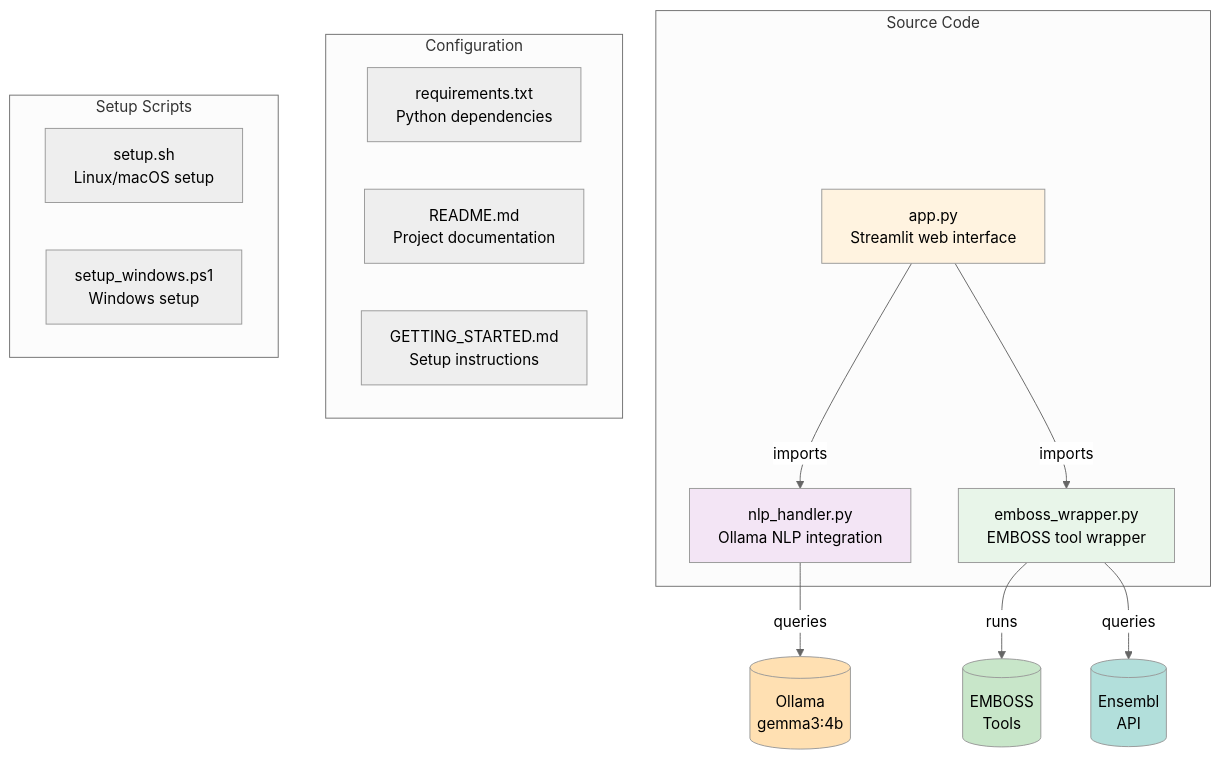
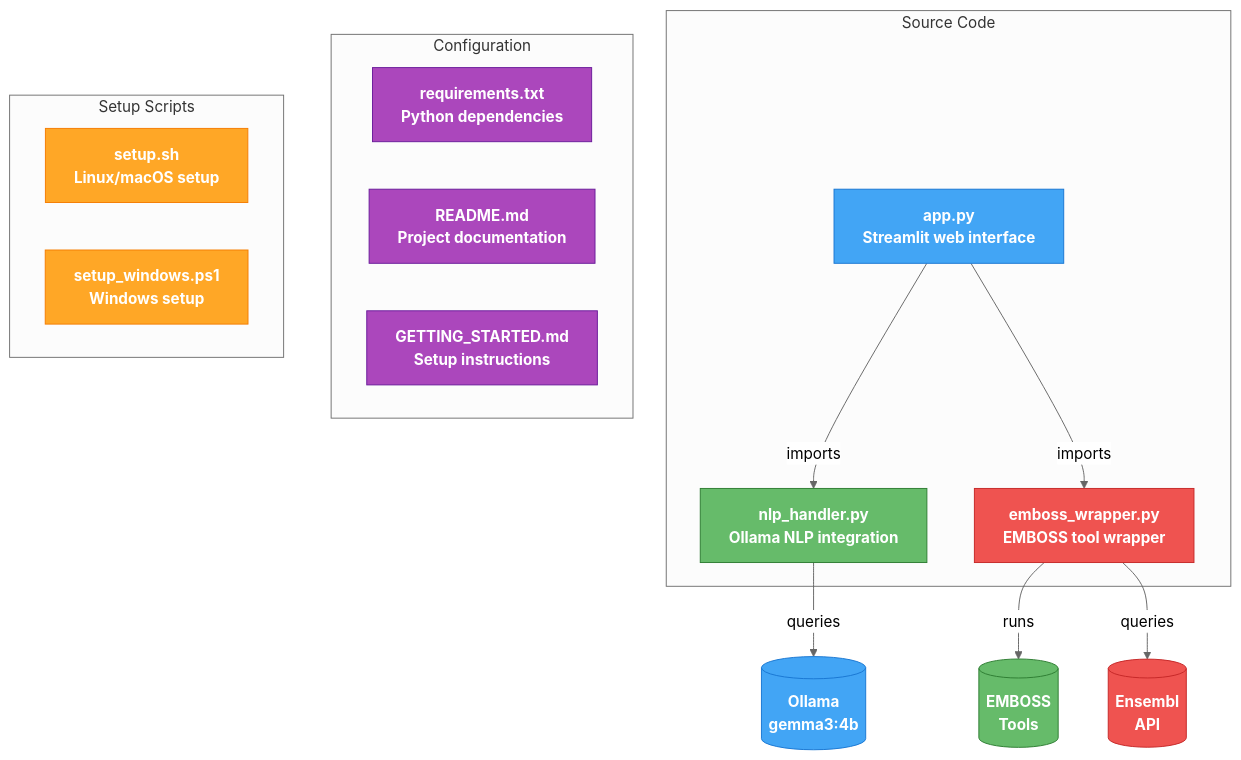
Before and after one commit to caagendaz/BME110-final: the eighth of 9 diagrams in ARCHITECTURE.md, drawn with Mermaid (neutral theme). The commit also changed other lines of this file, not shown here.

Commit message:
Improve diagram readability - brighten colors, fix contrast issues
- Key Features: Added brighter colors with white text for better readability
- File Structure: Enhanced contrast for source code boxes with improved colors
- Tech Stack: Moved 'uses' label to prevent overlap with LLM Engine box

````diff
--- a/ARCHITECTURE.md
+++ b/ARCHITECTURE.md
@@ -261,32 +263,37 @@
 ```mermaid
 graph TB
     subgraph Code["Source Code"]
         APP["app.py<br/>Streamlit web interface"]
         NLP["nlp_handler.py<br/>Ollama NLP integration"]
         EMBOSS["emboss_wrapper.py<br/>EMBOSS tool wrapper"]
     end
     
     subgraph Config["Configuration"]
         REQ["requirements.txt<br/>Python dependencies"]
         README["README.md<br/>Project documentation"]
         GETTING["GETTING_STARTED.md<br/>Setup instructions"]
     end
     
     subgraph Setup["Setup Scripts"]
         SETUP_SH["setup.sh<br/>Linux/macOS setup"]
         SETUP_PS["setup_windows.ps1<br/>Windows setup"]
     end
     
     APP -->|imports| NLP
     APP -->|imports| EMBOSS
     NLP -->|queries| Ollama[("Ollama<br/>gemma3:4b")]
     EMBOSS -->|runs| Tools[("EMBOSS<br/>Tools")]
     EMBOSS -->|queries| Ensembl[("Ensembl<br/>API")]
     
-    style APP fill:#fff3e0
-    style NLP fill:#f3e5f5
-    style EMBOSS fill:#e8f5e9
-    style Ollama fill:#ffe0b2
-    style Tools fill:#c8e6c9
-    style Ensembl fill:#b2dfdb
+    style APP fill:#42a5f5,stroke:#1976d2,color:#ffffff,font-weight:bold
+    style NLP fill:#66bb6a,stroke:#2e7d32,color:#ffffff,font-weight:bold
+    style EMBOSS fill:#ef5350,stroke:#c62828,color:#ffffff,font-weight:bold
+    style REQ fill:#ab47bc,stroke:#6a1b9a,color:#ffffff,font-weight:bold
+    style README fill:#ab47bc,stroke:#6a1b9a,color:#ffffff,font-weight:bold
+    style GETTING fill:#ab47bc,stroke:#6a1b9a,color:#ffffff,font-weight:bold
+    style SETUP_SH fill:#ffa726,stroke:#f57c00,color:#ffffff,font-weight:bold
+    style SETUP_PS fill:#ffa726,stroke:#f57c00,color:#ffffff,font-weight:bold
+    style Ollama fill:#42a5f5,stroke:#1976d2,color:#ffffff,font-weight:bold
+    style Tools fill:#66bb6a,stroke:#2e7d32,color:#ffffff,font-weight:bold
+    style Ensembl fill:#ef5350,stroke:#c62828,color:#ffffff,font-weight:bold
 ```
````
